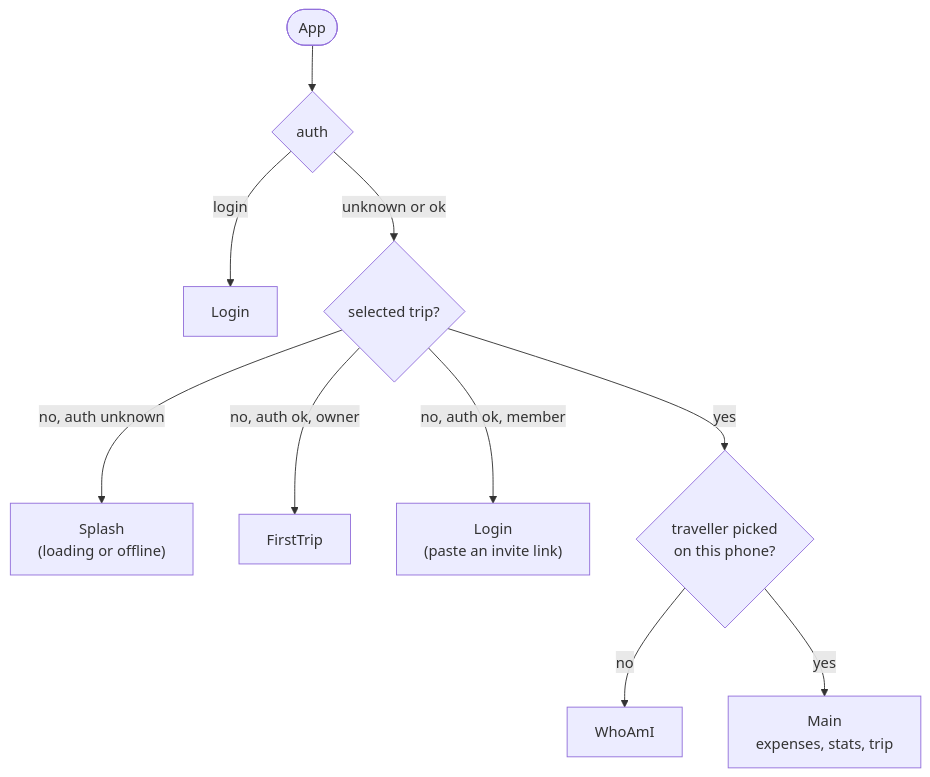
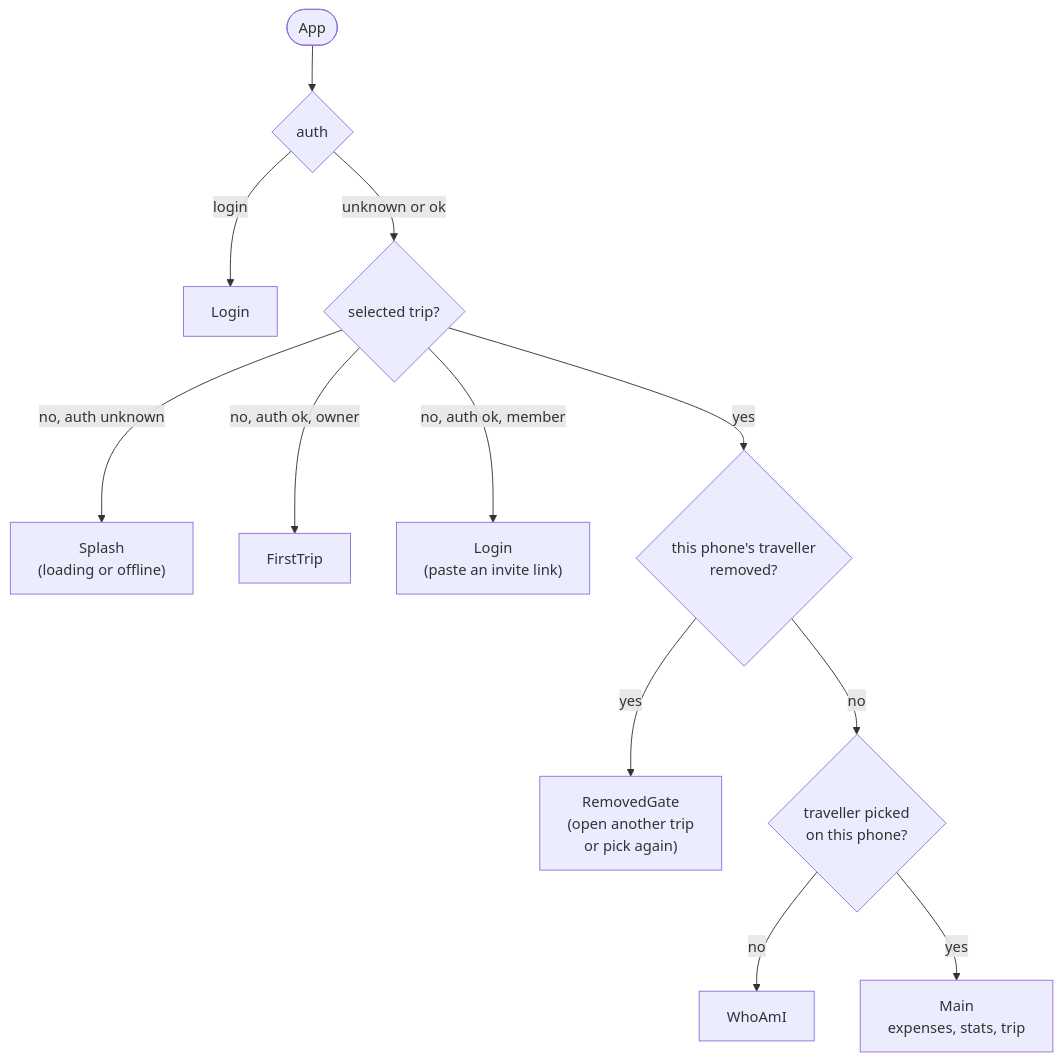
One commit to hazmah0/trip-split changed the fourth of 7 diagrams in docs/ARCHITECTURE.md. Above: the diagram before and after it, drawn with Mermaid. The commit also changed other lines of this file and 34 other files, not shown here.

````diff
--- a/docs/ARCHITECTURE.md
+++ b/docs/ARCHITECTURE.md
@@ -257,12 +268,14 @@
 ```mermaid
 flowchart TD
   start([App]) --> auth{auth}
   auth -- login --> Login
   auth -- unknown or ok --> trip{selected trip?}
   trip -- "no, auth unknown" --> Splash["Splash<br/>(loading or offline)"]
   trip -- "no, auth ok, owner" --> FirstTrip
   trip -- "no, auth ok, member" --> Join["Login<br/>(paste an invite link)"]
-  trip -- yes --> me{"traveller picked<br/>on this phone?"}
+  trip -- yes --> removed{"this phone's traveller<br/>removed?"}
+  removed -- yes --> Removed["RemovedGate<br/>(open another trip<br/>or pick again)"]
+  removed -- no --> me{"traveller picked<br/>on this phone?"}
   me -- no --> WhoAmI
   me -- yes --> Main["Main<br/>expenses, stats, trip"]
 ```
````
